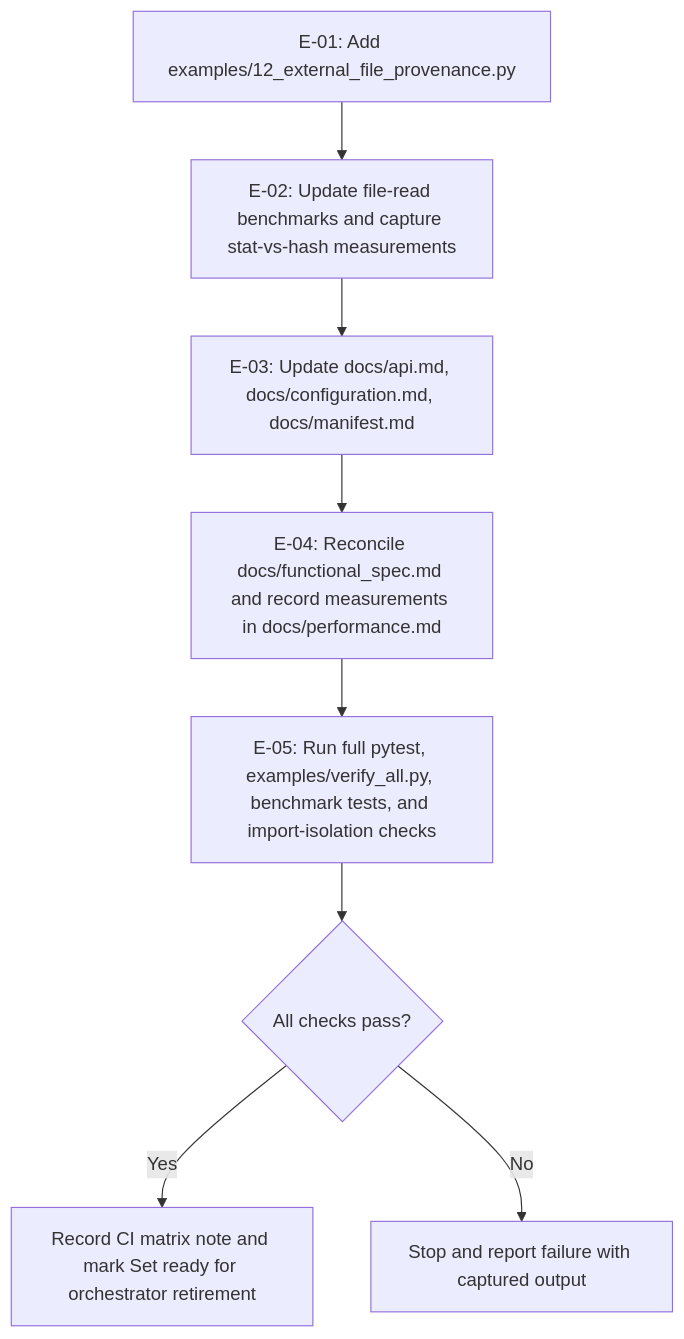
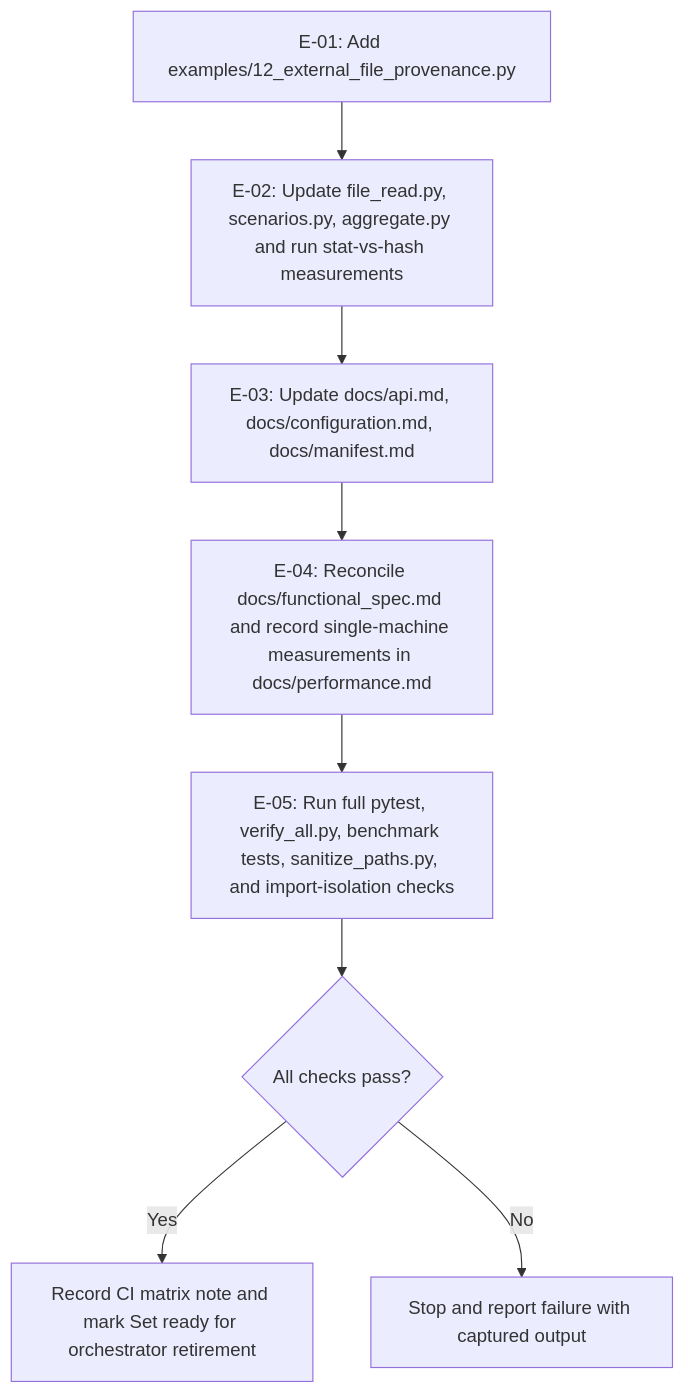
One commit to fariello/pubrun changed the diagram in .aw/records/plans/pending/20261121-file-prov-05-4gpguy-external-file-example-stat-vs-hash-benchmarks-docs-sync-and.ipd.md. Above: the diagram before and after it, drawn with Mermaid. The commit also changed other lines of this file and 1 other file, not shown here.

````diff
--- a/.aw/records/plans/pending/20261121-file-prov-05-4gpguy-external-file-example-stat-vs-hash-benchmarks-docs-sync-and.ipd.md
+++ b/.aw/records/plans/pending/20261121-file-prov-05-4gpguy-external-file-example-stat-vs-hash-benchmarks-docs-sync-and.ipd.md
@@ -34,10 +37,10 @@
 ```mermaid
 flowchart TD
-    A["E-01: Add examples/12_external_file_provenance.py"] --> B["E-02: Update file-read benchmarks and capture stat-vs-hash measurements"]
+    A["E-01: Add examples/12_external_file_provenance.py"] --> B["E-02: Update file_read.py, scenarios.py, aggregate.py and run stat-vs-hash measurements"]
     B --> C["E-03: Update docs/api.md, docs/configuration.md, docs/manifest.md"]
-    C --> D["E-04: Reconcile docs/functional_spec.md and record measurements in docs/performance.md"]
-    D --> E["E-05: Run full pytest, examples/verify_all.py, benchmark tests, and import-isolation checks"]
+    C --> D["E-04: Reconcile docs/functional_spec.md and record single-machine measurements in docs/performance.md"]
+    D --> E["E-05: Run full pytest, verify_all.py, benchmark tests, sanitize_paths.py, and import-isolation checks"]
     E --> F{"All checks pass?"}
     F -->|Yes| G["Record CI matrix note and mark Set ready for orchestrator retirement"]
     F -->|No| H["Stop and report failure with captured output"]
 ```
````
